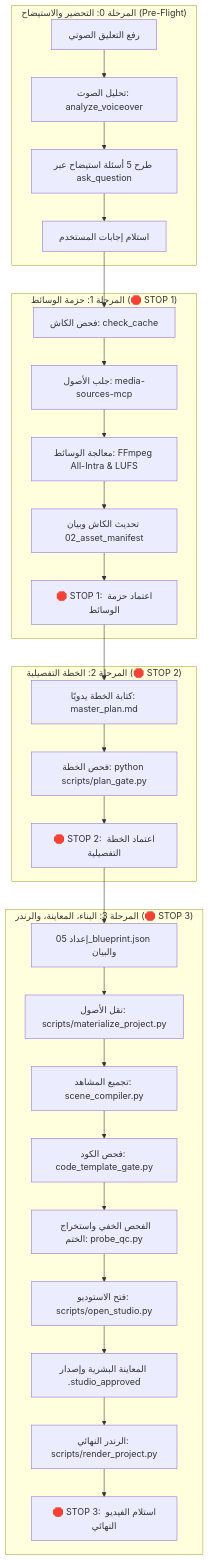
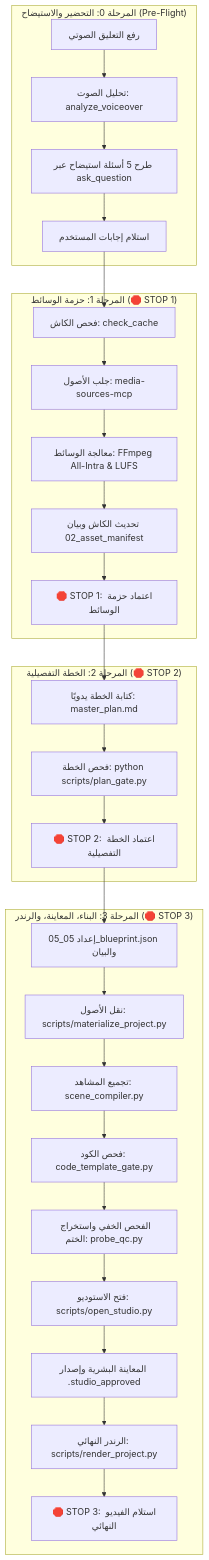
The diagram in documentation/PROJECT_AUDIT_REPORT.md (m2menqawsh-maker/motion), drawn with Mermaid before and after one commit. The commit also changed other lines of this file and 49 other files, not shown here.

````diff
--- a/documentation/PROJECT_AUDIT_REPORT.md
+++ b/documentation/PROJECT_AUDIT_REPORT.md
@@ -118,34 +118,34 @@
 ```mermaid
 flowchart TD
     subgraph PreFlight ["المرحلة 0: التحضير والاستيضاح (Pre-Flight)"]
         VO[رفع التعليق الصوتي] --> VO_Analyze[تحليل الصوت: analyze_voiceover]
         VO_Analyze --> AskQ[طرح 5 أسئلة استيضاح عبر ask_question]
         AskQ --> UserAnswers[استلام إجابات المستخدم]
     end
 
     subgraph Phase1 ["المرحلة 1: حزمة الوسائط (🛑 STOP 1)"]
         UserAnswers --> CacheCheck[فحص الكاش: check_cache]
         CacheCheck --> FetchMCP[جلب الأصول: media-sources-mcp]
         FetchMCP --> FFmpegProc[معالجة الوسائط: FFmpeg All-Intra & LUFS]
         FFmpegProc --> SaveCache[تحديث الكاش وبيان 02_asset_manifest]
         SaveCache --> Stop1[🛑 STOP 1: اعتماد حزمة الوسائط]
     end
 
     subgraph Phase2 ["المرحلة 2: الخطة التفصيلية (🛑 STOP 2)"]
         Stop1 --> HumanPlan[كتابة الخطة يدويًا: master_plan.md]
         HumanPlan --> PlanGate[فحص الخطة: python scripts/plan_gate.py]
         PlanGate --> Stop2[🛑 STOP 2: اعتماد الخطة التفصيلية]
     end
 
     subgraph Phase3 ["المرحلة 3: البناء، المعاينة، والرندر (🛑 STOP 3)"]
-        Stop2 --> GenJSON[إعداد 05_blueprint.json والبيان]
+        Stop2 --> GenJSON[إعداد 05_05_blueprint.json والبيان]
         GenJSON --> Materialize[نقل الأصول: scripts/materialize_project.py]
         Materialize --> Compile[تجميع المشاهد: scene_compiler.py]
         Compile --> ASTGate[فحص الكود: code_template_gate.py]
         ASTGate --> ProbeQC[الفحص الخفي واستخراج الختم: probe_qc.py]
         ProbeQC --> OpenStudio[فتح الاستوديو: scripts/open_studio.py]
         OpenStudio --> UserApprove[المعاينة البشرية وإصدار .studio_approved]
         UserApprove --> Render[الرندر النهائي: scripts/render_project.py]
         Render --> Stop3[🛑 STOP 3: استلام الفيديو النهائي]
     end
 ```
````
